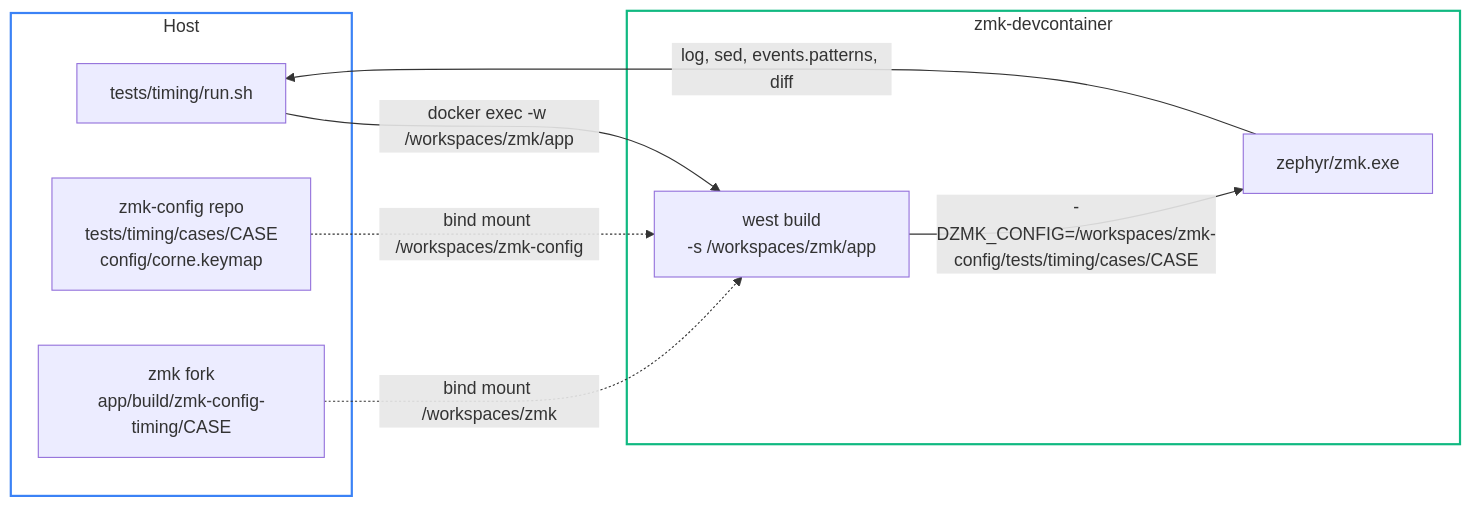
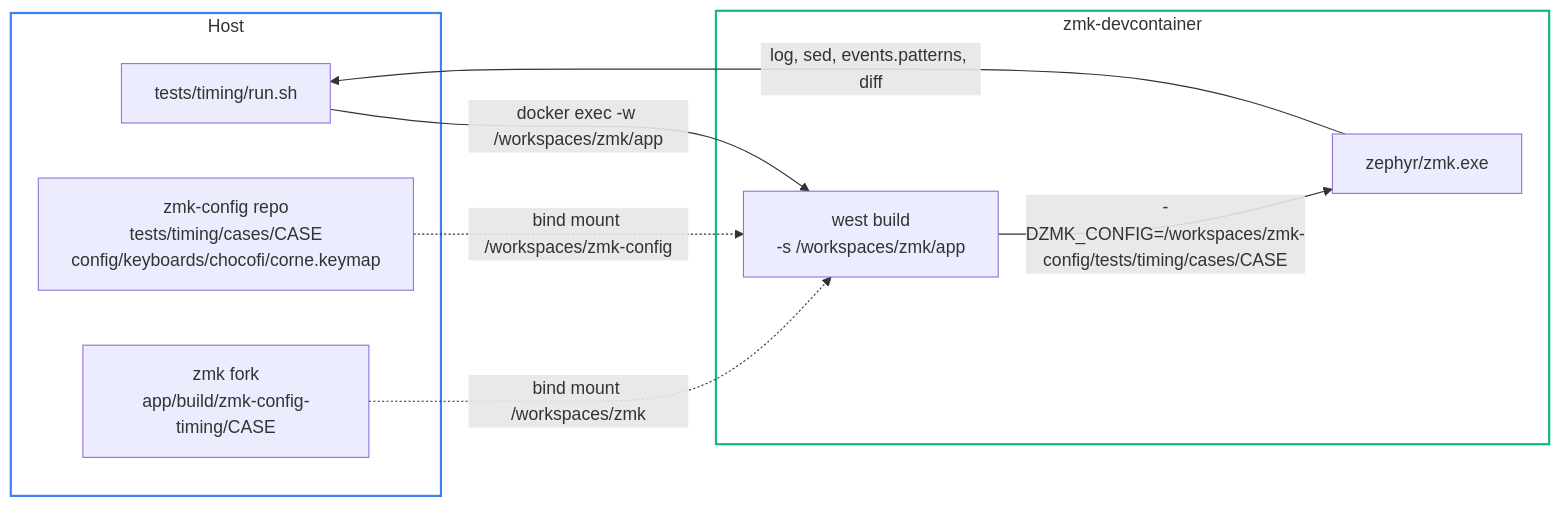
One commit to HelloThisIsFlo/zmk-config changed the first of 2 diagrams in Design/Timing/TESTS.md. Above: the diagram before and after it, drawn with Mermaid. The commit also changed other lines of this file and 134 other files, not shown here.

First line of the commit message:
Split config by axis: layout, keyboards, units, targets

````diff
--- a/Design/Timing/TESTS.md
+++ b/Design/Timing/TESTS.md
@@ -23,20 +23,20 @@
 ```mermaid
 flowchart LR
     subgraph H["Host"]
         RS["tests/timing/run.sh"]
-        RC["zmk-config repo<br/>tests/timing/cases/CASE<br/>config/corne.keymap"]
+        RC["zmk-config repo<br/>tests/timing/cases/CASE<br/>config/keyboards/chocofi/corne.keymap"]
         RF["zmk fork<br/>app/build/zmk-config-timing/CASE"]
     end
     subgraph C["zmk-devcontainer"]
         WB["west build<br/>-s /workspaces/zmk/app"]
         EX["zephyr/zmk.exe"]
     end
     RS -->|docker exec -w /workspaces/zmk/app| WB
     RC -.->|bind mount /workspaces/zmk-config| WB
     RF -.->|bind mount /workspaces/zmk| WB
     WB -->|-DZMK_CONFIG=/workspaces/zmk-config/tests/timing/cases/CASE| EX
     EX -->|log, sed, events.patterns, diff| RS
 
     style H fill:transparent,stroke:#3b82f6,stroke-width:2px
     style C fill:transparent,stroke:#10b981,stroke-width:2px
 ```
````
